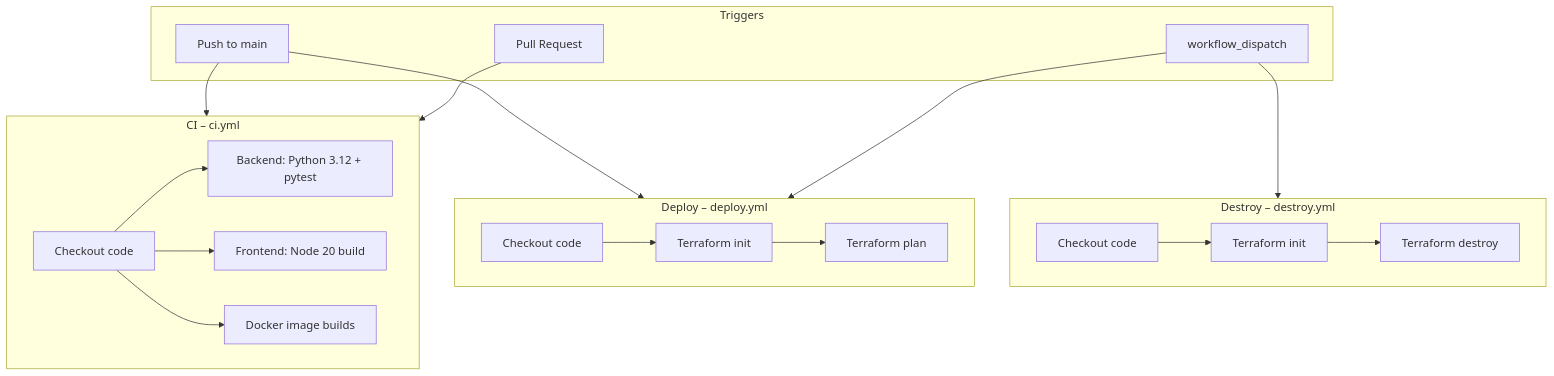
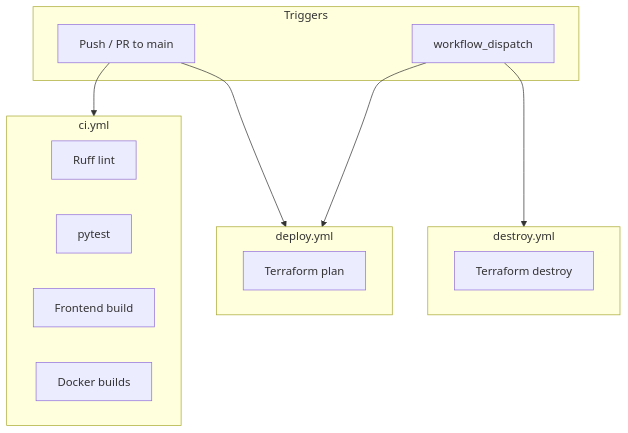
The diagram in README.md (bjslusher/pharmacy-ai-assistant), drawn with Mermaid before and after one commit. The commit also changed other lines of this file, not shown here.

````diff
--- a/README.md
+++ b/README.md
@@ -88,38 +206,23 @@
 ```mermaid
 flowchart TB
   subgraph triggers [Triggers]
-    Push[Push to main]
-    PR[Pull Request]
+    Push[Push / PR to main]
     Manual[workflow_dispatch]
   end
-
-  subgraph ci [CI – ci.yml]
-    Checkout1[Checkout code]
-    Backend[Backend: Python 3.12 + pytest]
-    Frontend[Frontend: Node 20 build]
-    Docker[Docker image builds]
-    Checkout1 --> Backend
-    Checkout1 --> Frontend
-    Checkout1 --> Docker
+  subgraph ci [ci.yml]
+    Ruff[Ruff lint]
+    Py[pytest]
+    FE[Frontend build]
+    Dk[Docker builds]
   end
-
-  subgraph deploy [Deploy – deploy.yml]
-    Checkout2[Checkout code]
-    TfInit[Terraform init]
-    TfPlan[Terraform plan]
-    Checkout2 --> TfInit --> TfPlan
+  subgraph deploy [deploy.yml]
+    Plan[Terraform plan]
   end
-
-  subgraph destroy [Destroy – destroy.yml]
-    Checkout3[Checkout code]
-    TfInit2[Terraform init]
-    TfDestroy[Terraform destroy]
-    Checkout3 --> TfInit2 --> TfDestroy
+  subgraph destroy [destroy.yml]
+    Destroy[Terraform destroy]
   end
-
   Push --> ci
-  PR --> ci
   Push --> deploy
   Manual --> deploy
   Manual --> destroy
 ```
````
